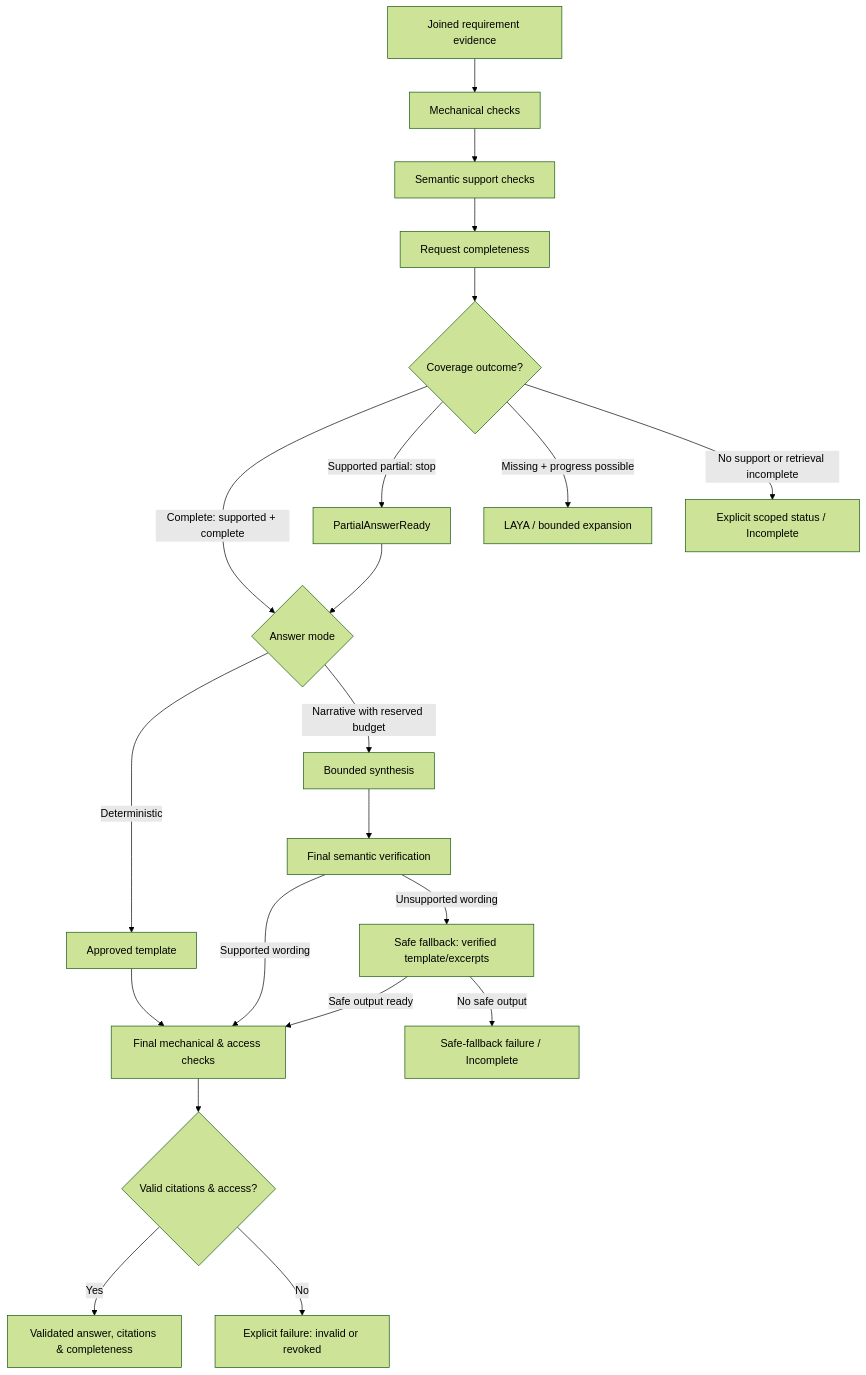
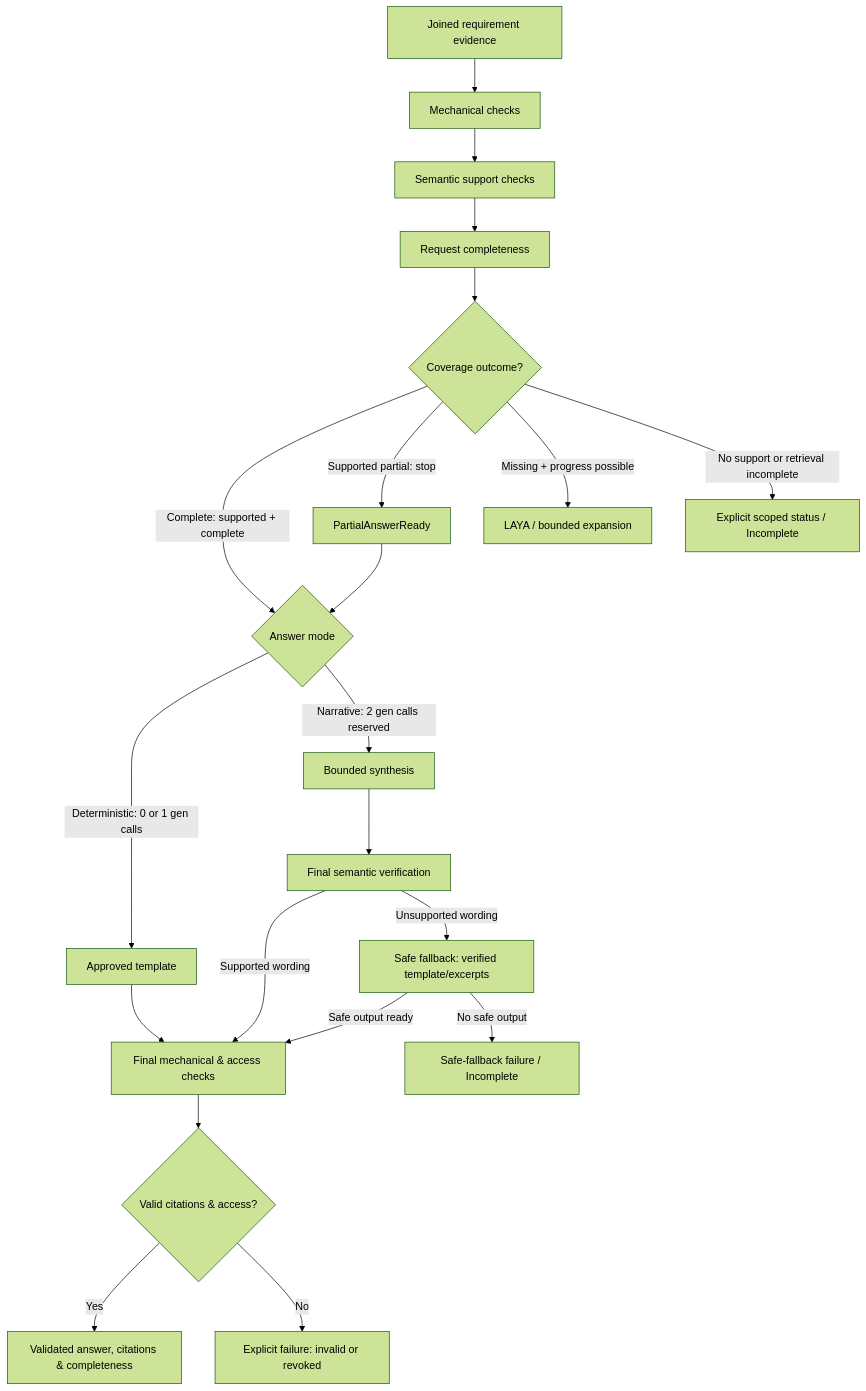
Before and after one commit to SGOD-pro/knowledge-retrieval-engine: the diagram in docs/diagrams/07_VERIFICATION_ANSWER.md, drawn with Mermaid (forest theme). The commit also changed other lines of this file and 13 other files, not shown here.

````diff
--- a/docs/diagrams/07_VERIFICATION_ANSWER.md
+++ b/docs/diagrams/07_VERIFICATION_ANSWER.md
@@ -3,23 +3,23 @@
 ```mermaid
 flowchart TD
     JOIN["Joined requirement evidence"] --> M["Mechanical checks"]
     M --> S["Semantic support checks"]
     S --> C["Request completeness"]
     C --> CO{"Coverage outcome?"}
     CO -->|Complete: supported + complete| MODE{"Answer mode"}
     CO -->|Supported partial: stop| PART["PartialAnswerReady"]
     CO -->|Missing + progress possible| EXP["LAYA / bounded expansion"]
     CO -->|No support or retrieval incomplete| OUT["Explicit scoped status / Incomplete"]
     PART --> MODE
-    MODE -->|Deterministic| DET["Approved template"]
-    MODE -->|Narrative with reserved budget| LLM["Bounded synthesis"]
+    MODE -->|Deterministic: 0 or 1 gen calls| DET["Approved template"]
+    MODE -->|Narrative: 2 gen calls reserved| LLM["Bounded synthesis"]
     LLM --> SV["Final semantic verification"]
     SV -->|Supported wording| FM["Final mechanical & access checks"]
     SV -->|Unsupported wording| SF["Safe fallback: verified template/excerpts"]
     SF -->|Safe output ready| FM
     SF -->|No safe output| SFF["Safe-fallback failure / Incomplete"]
     DET --> FM
     FM --> OK{"Valid citations & access?"}
     OK -->|Yes| ANS["Validated answer, citations & completeness"]
     OK -->|No| REV["Explicit failure: invalid or revoked"]
 ```
````
